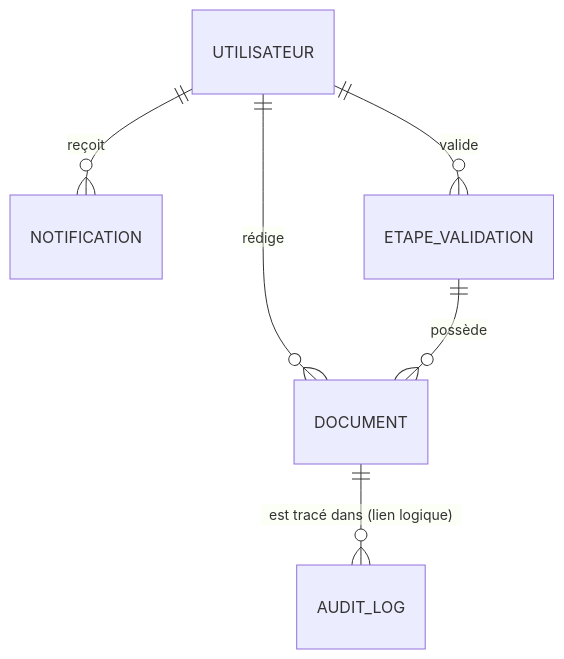
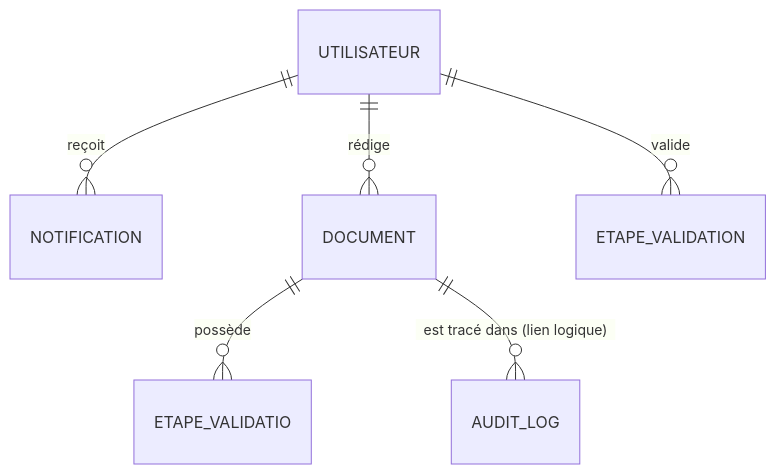
Before and after one commit to chaimaeyakouti/Automatisation-Processus-Documentaires: the diagram in MCD.md, drawn with Mermaid.

````diff
--- a/MCD.md
+++ b/MCD.md
@@ -1,8 +1,9 @@
 ```mermaid
 erDiagram
     UTILISATEUR ||--o{ NOTIFICATION : reçoit
     UTILISATEUR ||--o{ DOCUMENT : rédige
     UTILISATEUR ||--o{ ETAPE_VALIDATION : valide
-    ETAPE_VALIDATION ||--o{ DOCUMENT : possède
+    DOCUMENT ||--o{ ETAPE_VALIDATIO : possède
     DOCUMENT ||--o{ AUDIT_LOG : "est tracé dans (lien logique)"
+
 ```
````
